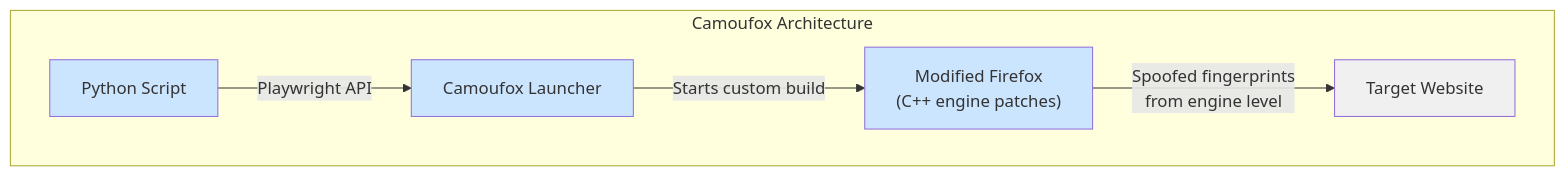
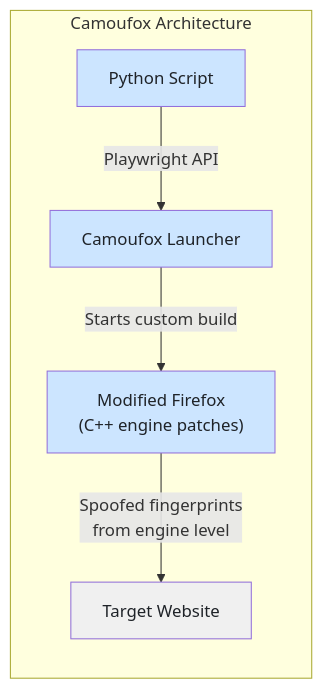
Before and after one commit to bytetunnels/bytetunnels.github.com: the first of 4 diagrams in _posts/2026-02-23-camoufox-vs-nodriver-which-anti-detection-browser-wins.md, drawn with Mermaid. The commit also changed other lines of this file and 118 other files, not shown here.

Commit message:
feat: improve diagram styling and compact wide flowcharts

````diff
--- a/_posts/2026-02-23-camoufox-vs-nodriver-which-anti-detection-browser-wins.md
+++ b/_posts/2026-02-23-camoufox-vs-nodriver-which-anti-detection-browser-wins.md
@@ -23,13 +23,14 @@
 ```mermaid
 graph TD
     subgraph "Camoufox Architecture"
+        direction TB
         A["Python Script"] -->|"Playwright API"| B["Camoufox Launcher"]
-        B -->|"Starts custom build"| C["Modified Firefox<br>(C++ engine patches)"]
+        B -->|"Starts custom build"| C["Modified Firefox<br/>(C++ engine patches)"]
         C -->|"Spoofed fingerprints<br>from engine level"| D["Target Website"]
     end
 
-    style A fill:#cce5ff
-    style B fill:#cce5ff
-    style C fill:#cce5ff
-    style D fill:#f0f0f0
+    style A fill:#cce5ff,color:#1f2328
+    style B fill:#cce5ff,color:#1f2328
+    style C fill:#cce5ff,color:#1f2328
+    style D fill:#f0f0f0,color:#1f2328
 ```
````
